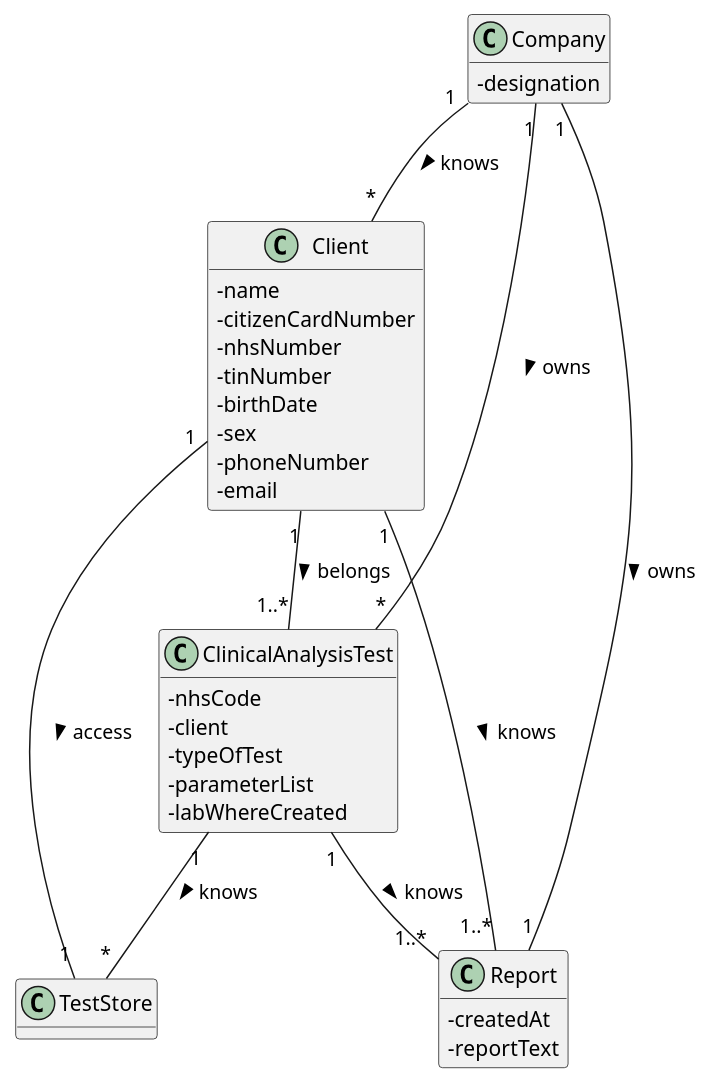
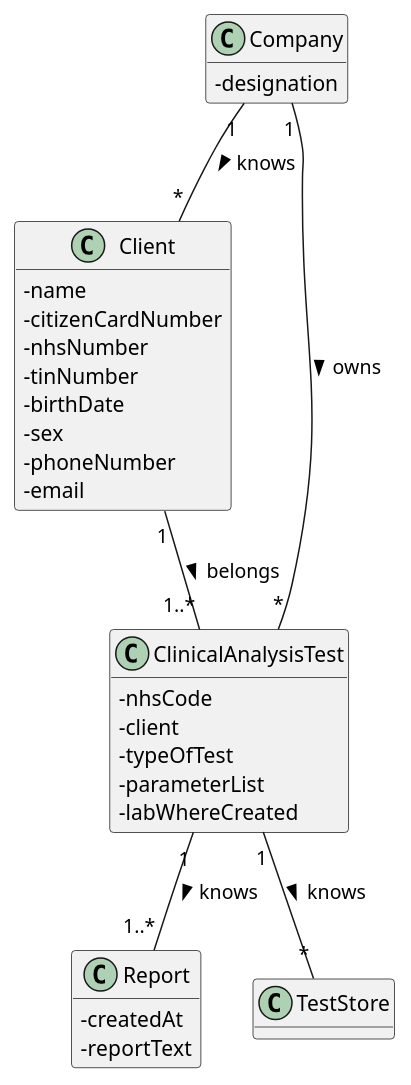
The diagram in docs/SprintD/US1/US1_MD.puml (GuilhermeCunha79/lapr2), drawn with PlantUML before and after one commit. The commit also changed 3 other files, not shown here.

```diff
--- a/docs/SprintD/US1/US1_MD.puml
+++ b/docs/SprintD/US1/US1_MD.puml
@@ -1,46 +1,42 @@
 @startuml
 'https://plantuml.com/use-case-diagram
 hide methods
 skinparam classAttributeIconSize 0
 
 class Company{
 -designation
 }
 
 class Client {
 -name
 -citizenCardNumber
 -nhsNumber
 -tinNumber
 -birthDate
 -sex
 -phoneNumber
 -email
 }
 
 class ClinicalAnalysisTest {
 - nhsCode
 - client
 - typeOfTest
 - parameterList
 - labWhereCreated
 }
 class Report {
 - createdAt
 - reportText
 }
 
 
 
 Company"1" -- "*"Client :> knows
 
 Company "1" -- "*" ClinicalAnalysisTest :> owns
-Company "1" -- "1" Report :> owns
 Client "1" -- "1..*" ClinicalAnalysisTest :> belongs
-Client "1" -- "1" TestStore :> access
 ClinicalAnalysisTest "1" -- "*" TestStore :> knows
 ClinicalAnalysisTest "1" -- "1..*" Report :> knows
-Client "1" -- "1..*" Report :> knows
-
 
 @enduml
```
